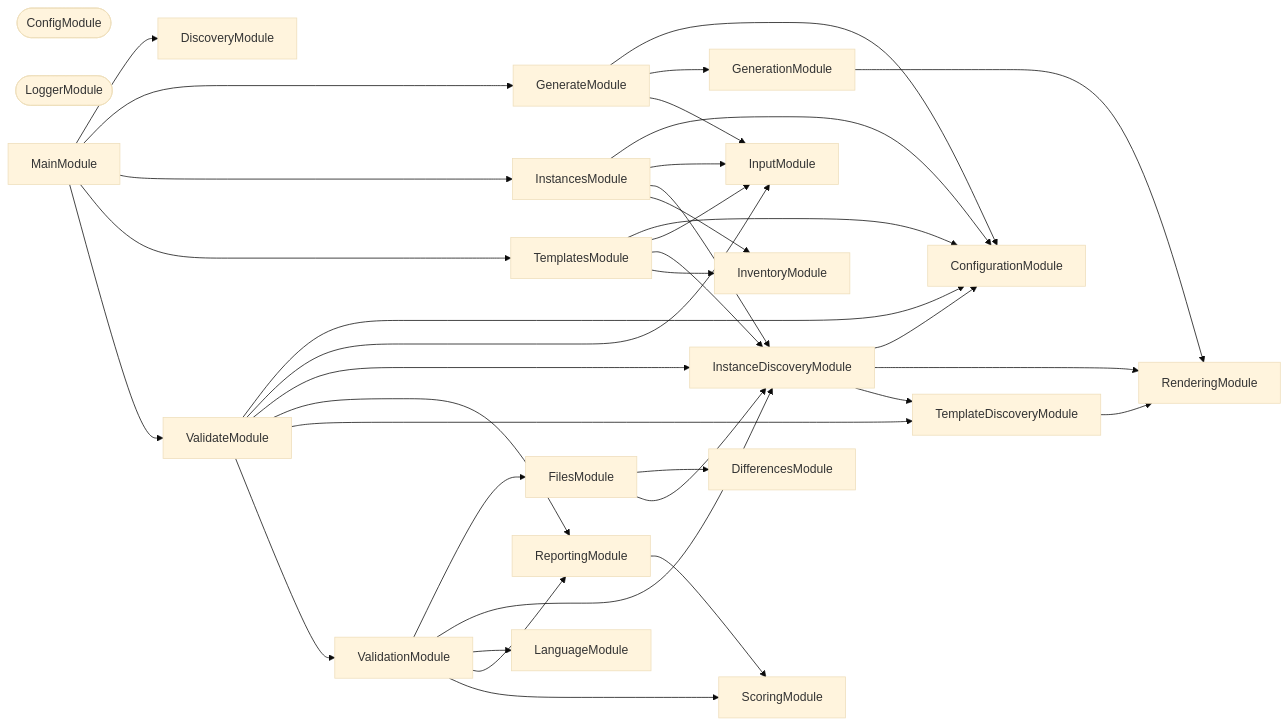
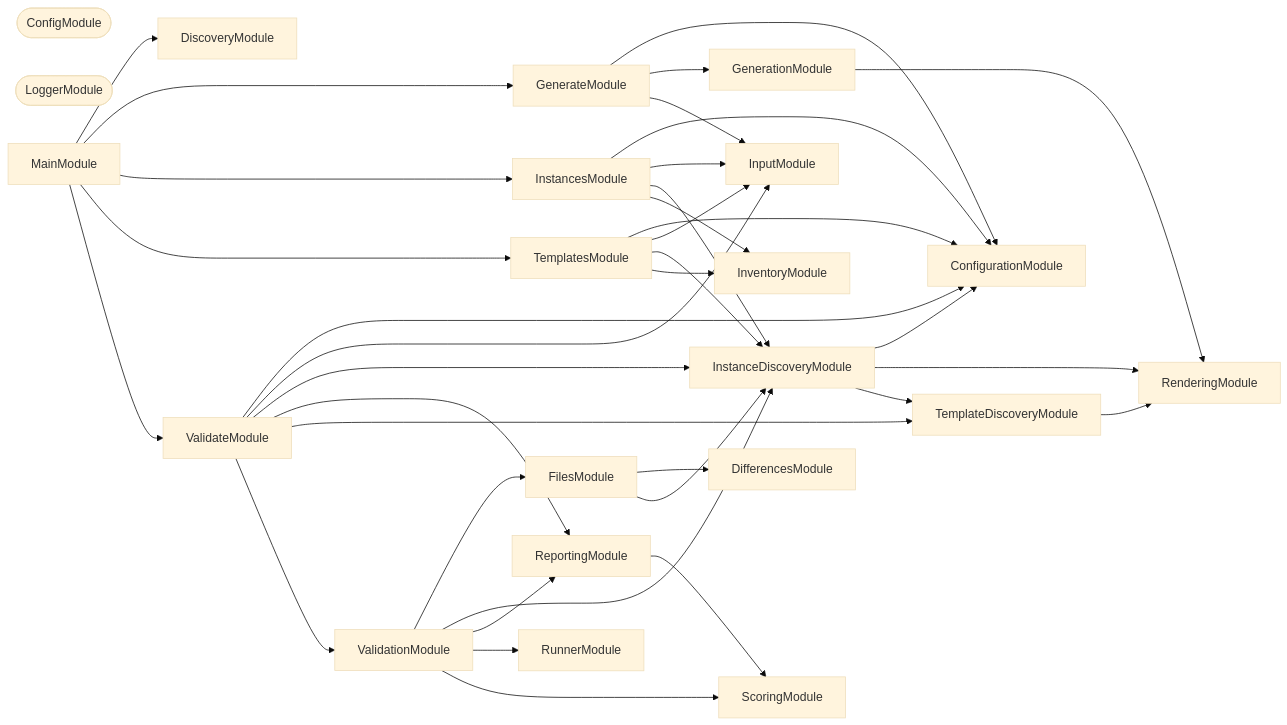
Before and after one commit to JimmyPaolini/codebase: the second of 3 diagrams in packages/conformetry-cli/README.md, drawn with Mermaid (base theme). The commit also changed 16 other files, not shown here.

Commit message:
refactor(conformetry): ♻️ rename the language runner in conformetry-core

````diff
--- a/packages/conformetry-cli/README.md
+++ b/packages/conformetry-cli/README.md
@@ -880,59 +880,59 @@
 ```mermaid
 flowchart LR
   ConfigModule([ConfigModule])
   ConfigurationModule
   DifferencesModule
   DiscoveryModule
   FilesModule
   GenerateModule
   GenerationModule
   InputModule
   InstanceDiscoveryModule
   InstancesModule
   InventoryModule
-  LanguageModule
   LoggerModule([LoggerModule])
   MainModule
   RenderingModule
   ReportingModule
+  RunnerModule
   ScoringModule
   TemplateDiscoveryModule
   TemplatesModule
   ValidateModule
   ValidationModule
   FilesModule --> DifferencesModule
   FilesModule --> InstanceDiscoveryModule
   GenerateModule --> ConfigurationModule
   GenerateModule --> GenerationModule
   GenerateModule --> InputModule
   GenerationModule --> RenderingModule
   InstanceDiscoveryModule --> ConfigurationModule
   InstanceDiscoveryModule --> RenderingModule
   InstanceDiscoveryModule --> TemplateDiscoveryModule
   InstancesModule --> ConfigurationModule
   InstancesModule --> InputModule
   InstancesModule --> InstanceDiscoveryModule
   InstancesModule --> InventoryModule
   MainModule --> DiscoveryModule
   MainModule --> GenerateModule
   MainModule --> InstancesModule
   MainModule --> TemplatesModule
   MainModule --> ValidateModule
   ReportingModule --> ScoringModule
   TemplateDiscoveryModule --> RenderingModule
   TemplatesModule --> ConfigurationModule
   TemplatesModule --> InputModule
   TemplatesModule --> InstanceDiscoveryModule
   TemplatesModule --> InventoryModule
   ValidateModule --> ConfigurationModule
   ValidateModule --> InputModule
   ValidateModule --> InstanceDiscoveryModule
   ValidateModule --> ReportingModule
   ValidateModule --> TemplateDiscoveryModule
   ValidateModule --> ValidationModule
   ValidationModule --> FilesModule
   ValidationModule --> InstanceDiscoveryModule
-  ValidationModule --> LanguageModule
   ValidationModule --> ReportingModule
+  ValidationModule --> RunnerModule
   ValidationModule --> ScoringModule
 ```
````
